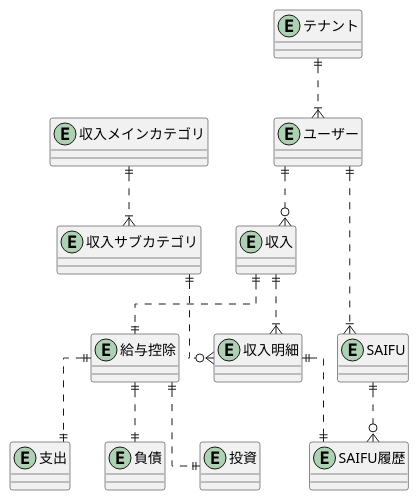
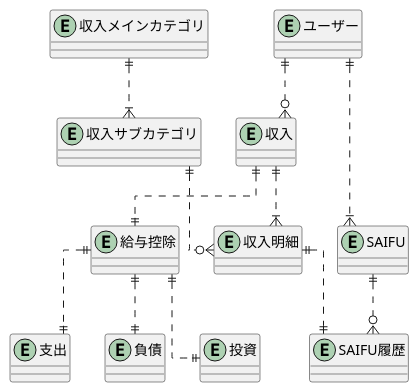
Before and after one commit to JojiKoike/saifu-docs: the diagram in design/ER_Concept_Income.wsd, drawn with PlantUML.

Commit message:
Income概念モデル作成

```diff
--- a/design/ER_Concept_Income.wsd
+++ b/design/ER_Concept_Income.wsd
@@ -1,61 +1,55 @@
 @startuml ER_Concept
 skinparam linetype ortho
 
 ' Entity
-entity "テナント" as tenant {
-}
-
 entity "ユーザー" as user {
 }
 
 entity "SAIFU" as saifu {
 }
 
 entity "SAIFU履歴" as saifuHistory {
 }
 
 entity "収入" as income {
 }
 
 entity "収入明細" as incomeDetail {
 }
 
 entity "収入メインカテゴリ" as incomeCategoryMain {
 }
 
 entity "収入サブカテゴリ" as incomeCategorySub {
 }
 
 entity "給与控除" as salaryDeduction {
 }
 
 entity "投資" as investment {
 }
 
 entity "支出" as expense {
 }
 
 entity "負債" as debt {
 }
 
 ' Relation
 
-' Account
-tenant ||..|{user
-
 ' SAIFU
 user ||..|{saifu
 saifu ||..o{saifuHistory
 
 ' Income
 incomeCategoryMain ||..|{incomeCategorySub
 incomeCategorySub ||..o{incomeDetail
 user ||..o{income
 income ||..|{incomeDetail
 incomeDetail ||..||saifuHistory
 income ||..||salaryDeduction
 salaryDeduction ||..||investment
 salaryDeduction ||..||expense
 salaryDeduction ||..||debt
 
 @enduml
```
